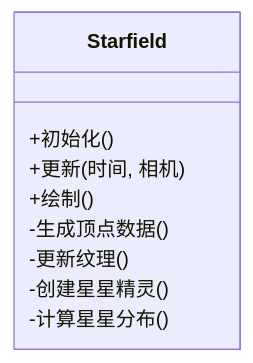
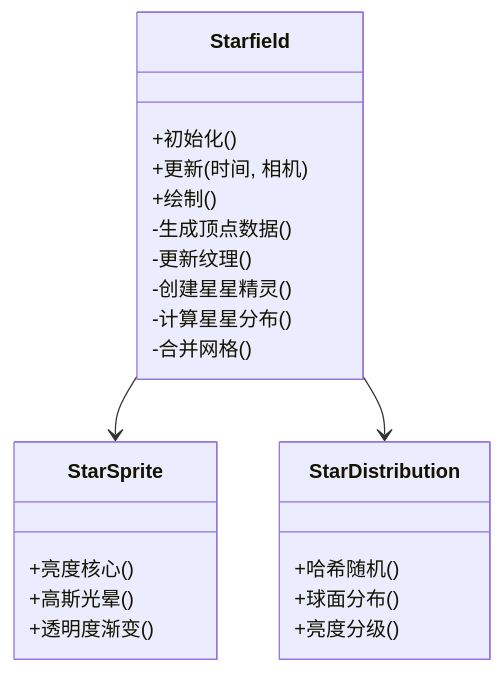
One commit to rzhangjing/cesium changed the third of 5 diagrams in .qoder/repowiki/zh/content/项目概述/核心特性/3D渲染引擎/特效与后处理系统/星场渲染器.md. Above: the diagram before and after it, drawn with Mermaid. The commit also changed other lines of this file and 6 other files, not shown here.

````diff
--- a/.qoder/repowiki/zh/content/项目概述/核心特性/3D渲染引擎/特效与后处理系统/星场渲染器.md
+++ b/.qoder/repowiki/zh/content/项目概述/核心特性/3D渲染引擎/特效与后处理系统/星场渲染器.md
@@ -109,12 +124,25 @@
 ```mermaid
 classDiagram
 class Starfield {
 +初始化()
 +更新(时间, 相机)
 +绘制()
 -生成顶点数据()
 -更新纹理()
 -创建星星精灵()
 -计算星星分布()
+-合并网格()
 }
+class StarSprite {
++亮度核心()
++高斯光晕()
++透明度渐变()
+}
+class StarDistribution {
++哈希随机()
++球面分布()
++亮度分级()
+}
+Starfield --> StarSprite
+Starfield --> StarDistribution
 ```
````
